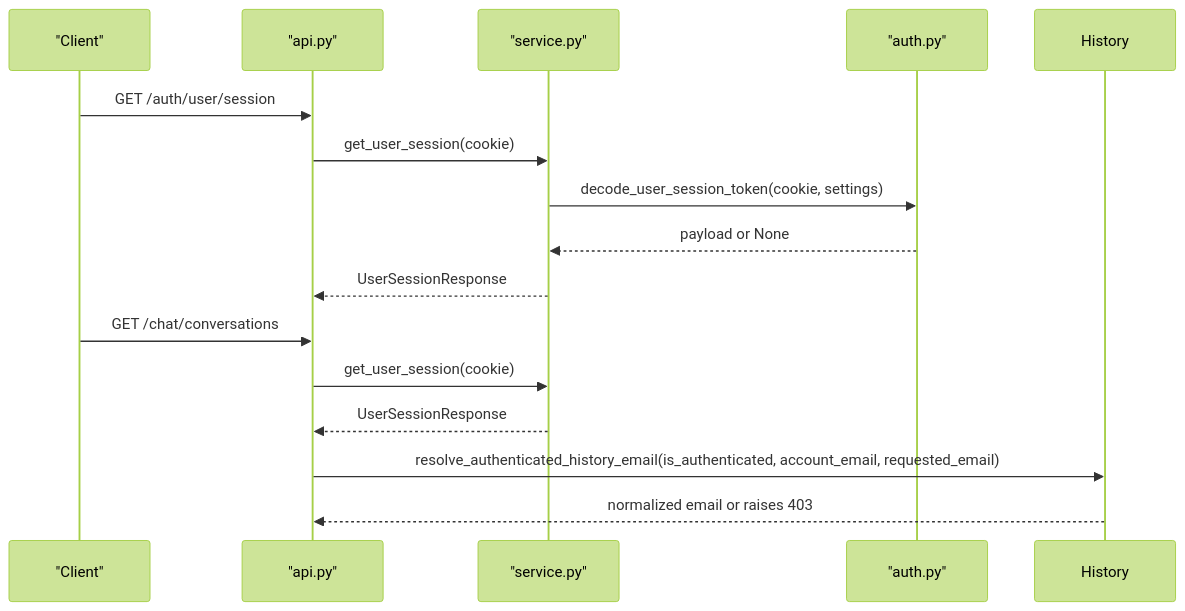
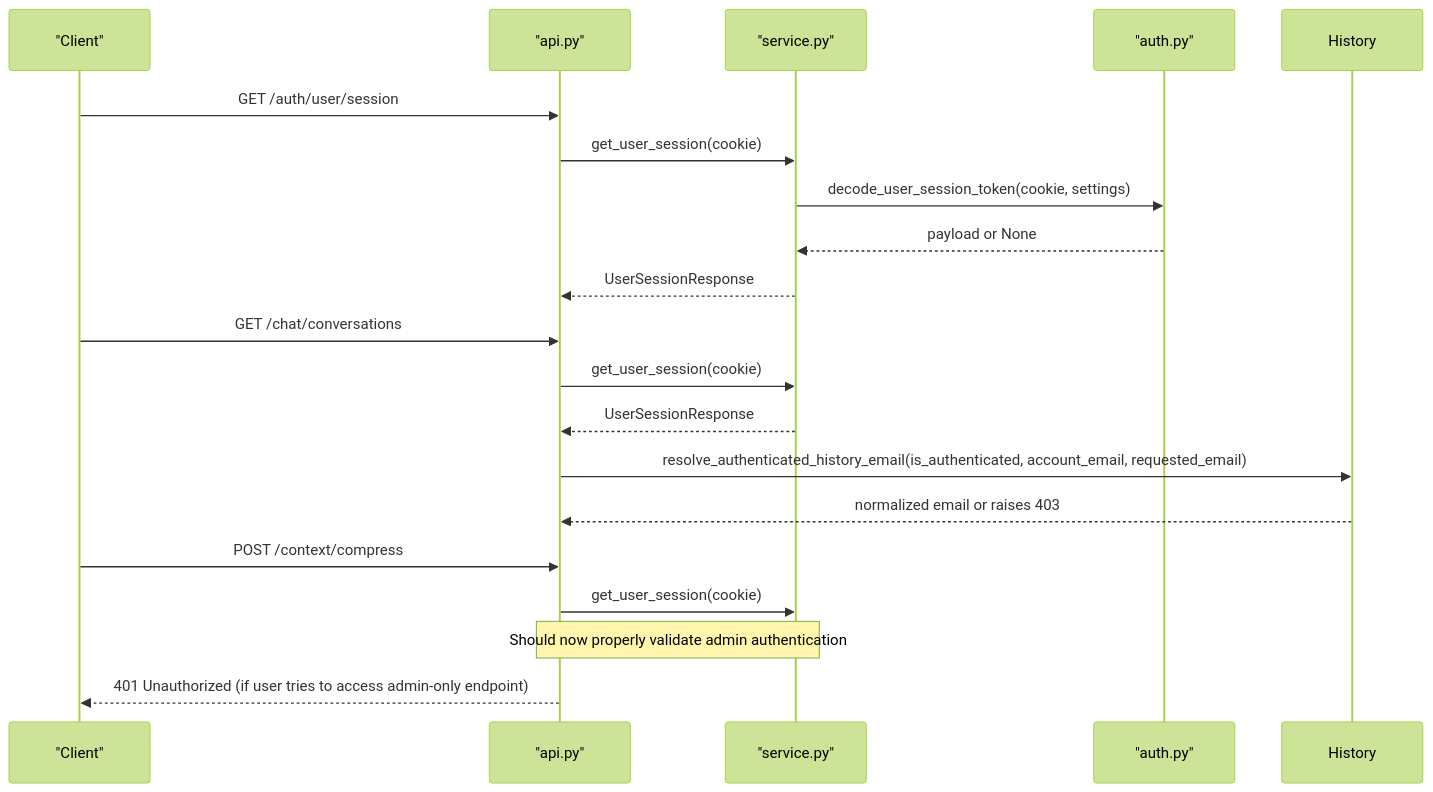
Before and after one commit to intellistream/sage-mate: the seventh of 8 diagrams in .qoder/repowiki/en/content/Security and Authentication/Security and Authentication.md, drawn with Mermaid (forest theme). The commit also changed other lines of this file and 121 other files, not shown here.

````diff
--- a/.qoder/repowiki/en/content/Security and Authentication/Security and Authentication.md
+++ b/.qoder/repowiki/en/content/Security and Authentication/Security and Authentication.md
@@ -280,17 +305,21 @@
 ```mermaid
 sequenceDiagram
 participant Client as "Client"
 participant API as "api.py"
 participant Svc as "service.py"
 participant Auth as "auth.py"
 Client->>API : GET /auth/user/session
 API->>Svc : get_user_session(cookie)
 Svc->>Auth : decode_user_session_token(cookie, settings)
 Auth-->>Svc : payload or None
 Svc-->>API : UserSessionResponse
 Client->>API : GET /chat/conversations
 API->>Svc : get_user_session(cookie)
 Svc-->>API : UserSessionResponse
 API->>History : resolve_authenticated_history_email(is_authenticated, account_email, requested_email)
 History-->>API : normalized email or raises 403
+Client->>API : POST /context/compress
+API->>Svc : get_user_session(cookie)
+Note over API,Svc : Should now properly validate admin authentication
+API-->>Client : 401 Unauthorized (if user tries to access admin-only endpoint)
 ```
````
